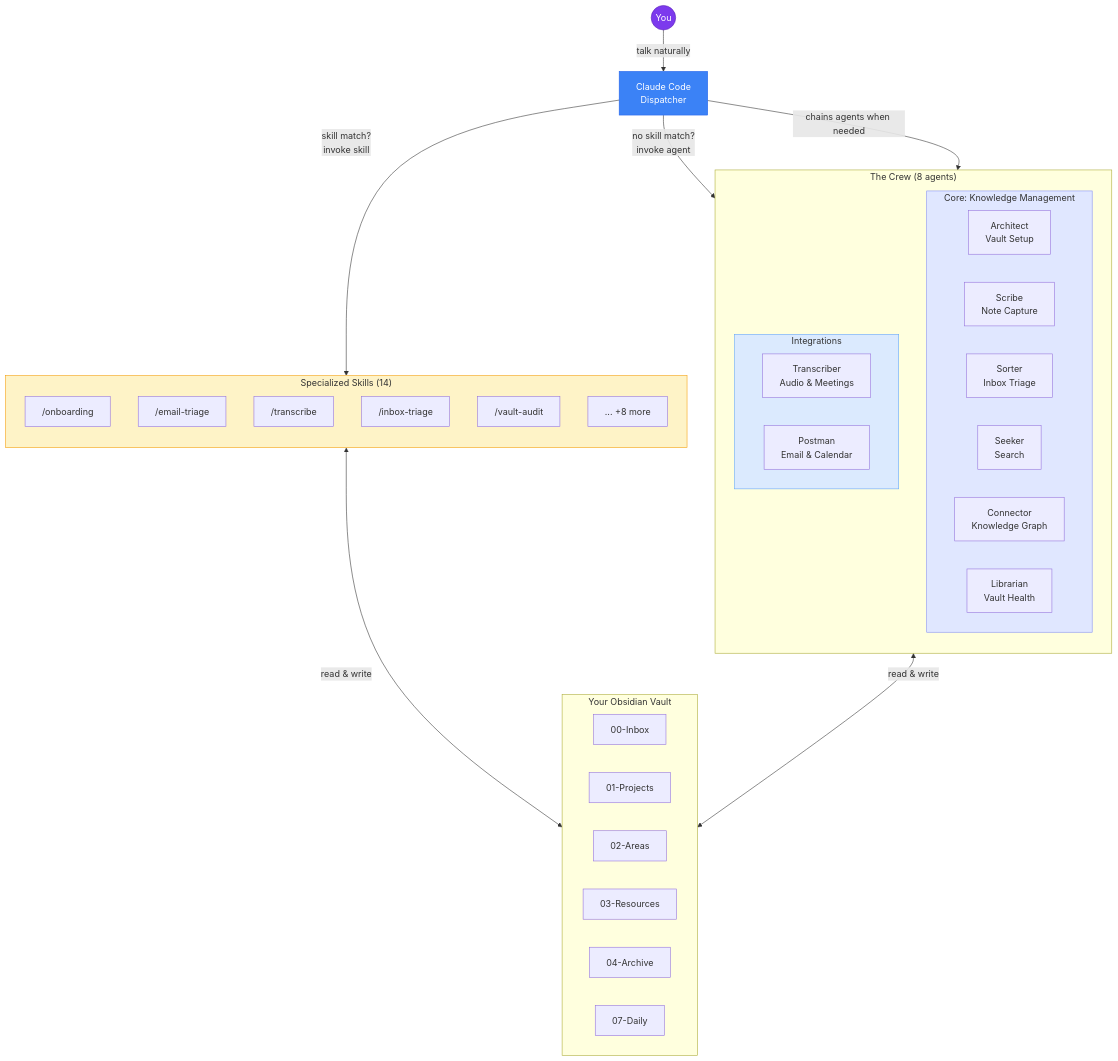
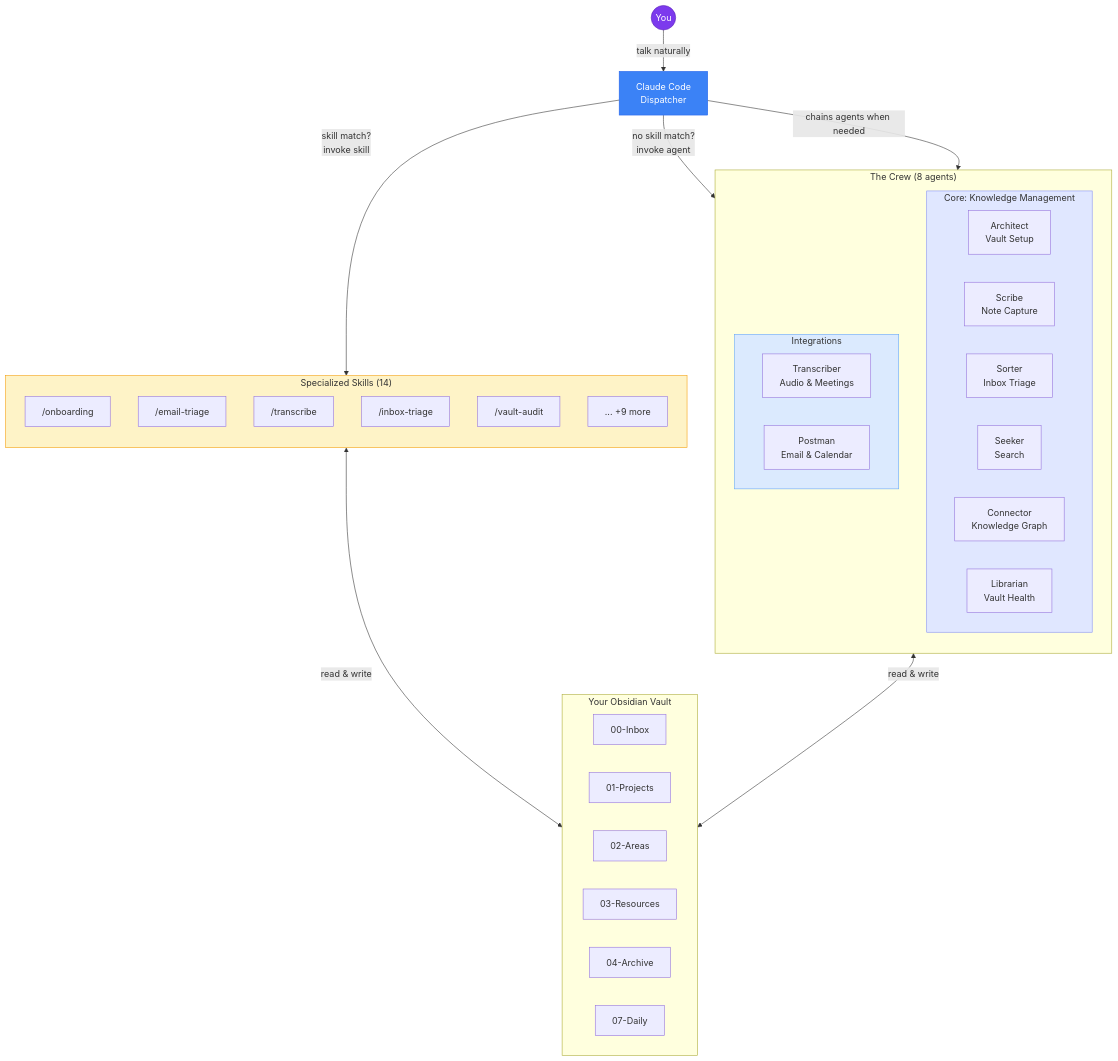
Before and after one commit to gnekt/My-Brain-Is-Full-Crew: the first of 2 diagrams in README.md, drawn with Mermaid. The commit also changed other lines of this file and 1 other file, not shown here.

First line of the commit message:
Fix review issues: mermaid count, mcp.json format, alignment, routing bug

````diff
--- a/README.md
+++ b/README.md
@@ -153,57 +153,57 @@
 ```mermaid
 graph TB
     User((You))
     Claude["Claude Code\nDispatcher"]
 
     User -->|"talk naturally"| Claude
     Claude -->|"skill match?\ninvoke skill"| Skills
     Claude -->|"no skill match?\ninvoke agent"| Agents
     Claude -->|"chains agents when needed"| Agents
 
     subgraph Skills["Specialized Skills (14)"]
         direction TB
         Onboarding["/onboarding"]
         EmailTriage["/email-triage"]
         Transcribe["/transcribe"]
         InboxTriage["/inbox-triage"]
         VaultAudit["/vault-audit"]
-        MoreSkills["... +8 more"]
+        MoreSkills["... +9 more"]
     end
 
     subgraph Agents["The Crew (8 agents)"]
         direction TB
 
         subgraph Core["Core: Knowledge Management"]
             Architect["Architect\nVault Setup"]
             Scribe["Scribe\nNote Capture"]
             Sorter["Sorter\nInbox Triage"]
             Seeker["Seeker\nSearch"]
             Connector["Connector\nKnowledge Graph"]
             Librarian["Librarian\nVault Health"]
         end
 
         subgraph External["Integrations"]
             Transcriber["Transcriber\nAudio & Meetings"]
             Postman["Postman\nEmail & Calendar"]
         end
     end
 
     Skills <-->|"read & write"| Vault
     Agents <-->|"read & write"| Vault
 
     subgraph Vault["Your Obsidian Vault"]
         direction LR
         Inbox["00-Inbox"]
         Projects["01-Projects"]
         Areas["02-Areas"]
         Resources["03-Resources"]
         Archive["04-Archive"]
         Daily["07-Daily"]
     end
 
     style User fill:#7c3aed,stroke:#5b21b6,color:#fff
     style Claude fill:#3b82f6,stroke:#2563eb,color:#fff
     style Skills fill:#fef3c7,stroke:#f59e0b
     style Core fill:#e0e7ff,stroke:#818cf8
     style External fill:#dbeafe,stroke:#60a5fa
 ```
````
